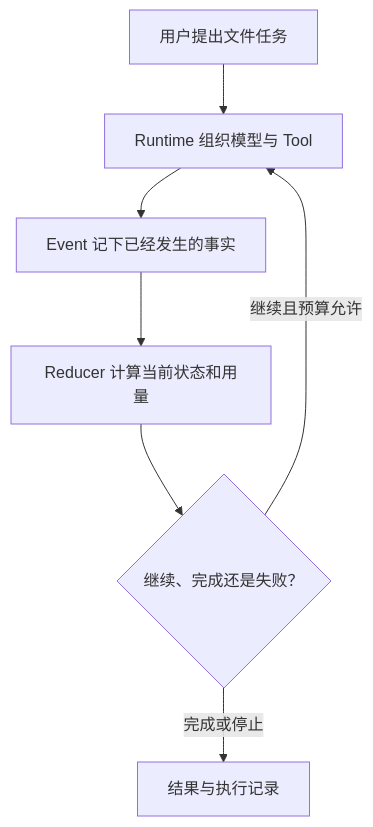
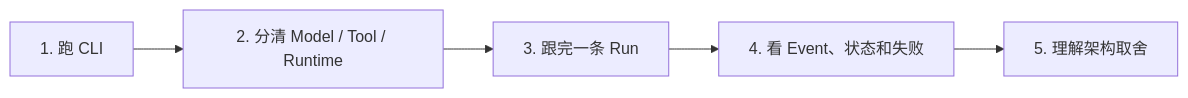
The diagram in site/src/content/docs/zh-cn/learn/index.md (CherryYang05/BearAgent), drawn with Mermaid before and after one commit. The commit also changed other lines of this file and 29 other files, not shown here.

````diff
--- a/site/src/content/docs/zh-cn/learn/index.md
+++ b/site/src/content/docs/zh-cn/learn/index.md
@@ -25,9 +26,7 @@
 ```mermaid
-flowchart TB
-    A["用户提出文件任务"] --> B["Runtime 组织模型与 Tool"]
-    B --> C["Event 记下已经发生的事实"]
-    C --> D["Reducer 计算当前状态和用量"]
-    D --> E{"继续、完成还是失败？"}
-    E -->|"继续且预算允许"| B
-    E -->|"完成或停止"| F["结果与执行记录"]
+flowchart LR
+    A["1. 跑 CLI"] --> B["2. 分清 Model / Tool / Runtime"]
+    B --> C["3. 跟完一条 Run"]
+    C --> D["4. 看 Event、状态和失败"]
+    D --> E["5. 理解架构取舍"]
 ```
````
